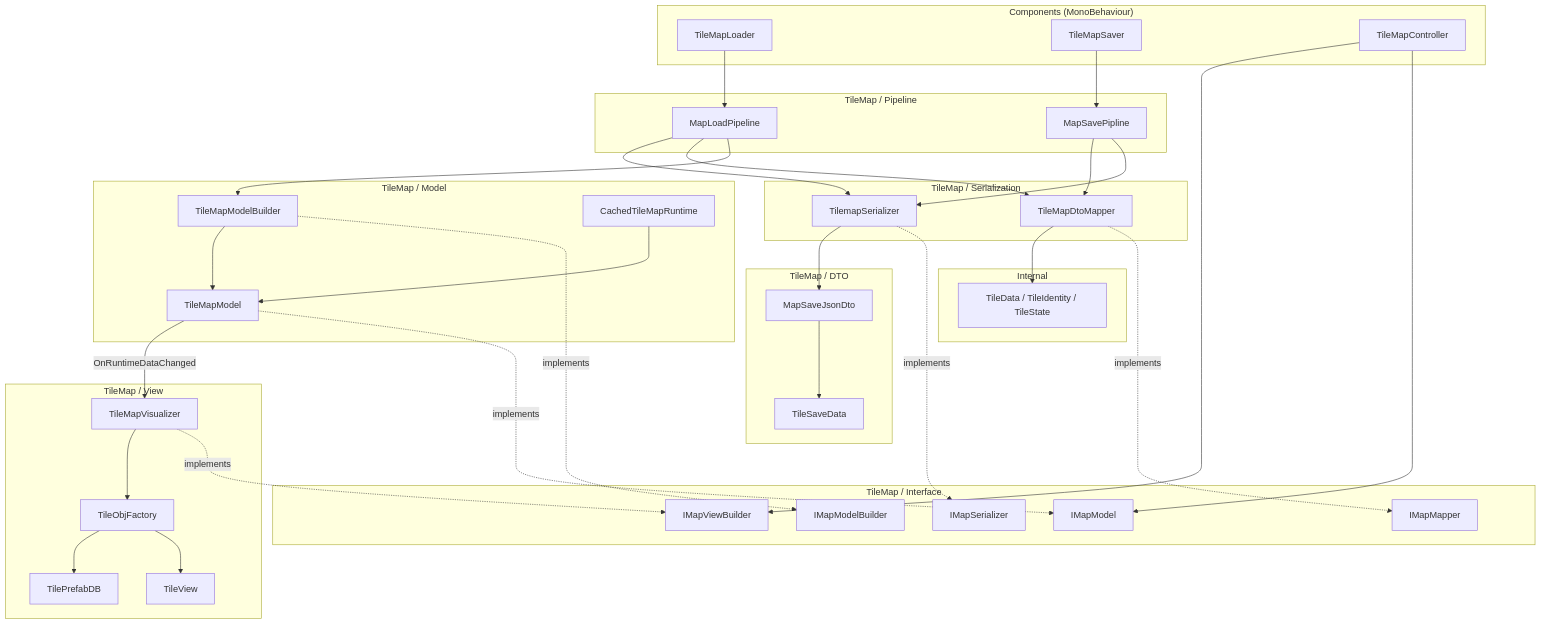
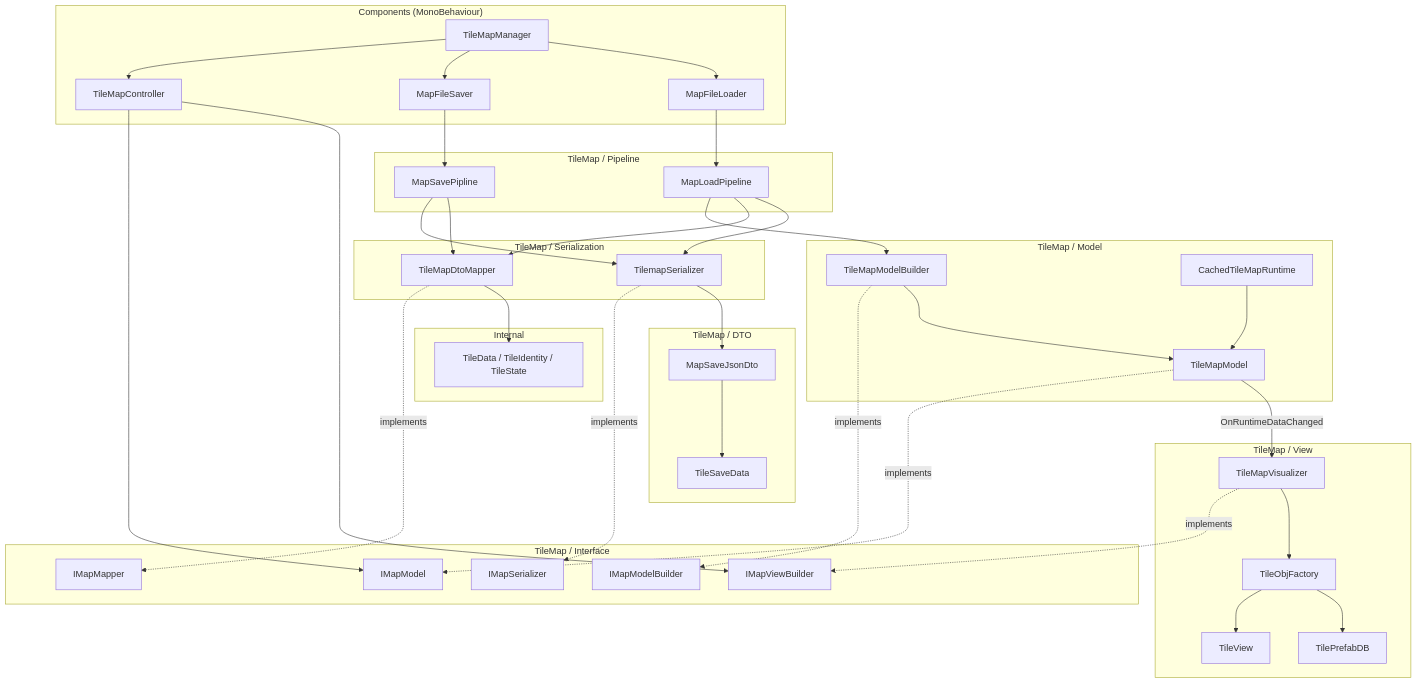
The first of 2 diagrams in Assets/Dist/Scripts/Map/SYSTEM.md (garunnir/Project_Alpha), drawn with Mermaid before and after one commit. The commit also changed other lines of this file and 20 other files, not shown here.

First line of the commit message:
Introduce TileMapManager and MapFileLoader/Saver

````diff
--- a/Assets/Dist/Scripts/Map/SYSTEM.md
+++ b/Assets/Dist/Scripts/Map/SYSTEM.md
@@ -10,9 +10,13 @@
 ```mermaid
 graph TD
     subgraph Components["Components (MonoBehaviour)"]
-        Loader[TileMapLoader]
-        Saver[TileMapSaver]
+        Manager[TileMapManager]
+        Loader[MapFileLoader]
+        Saver[MapFileSaver]
         Controller[TileMapController]
+        Manager --> Loader
+        Manager --> Saver
+        Manager --> Controller
     end
 
     subgraph Pipeline["TileMap / Pipeline"]
````
